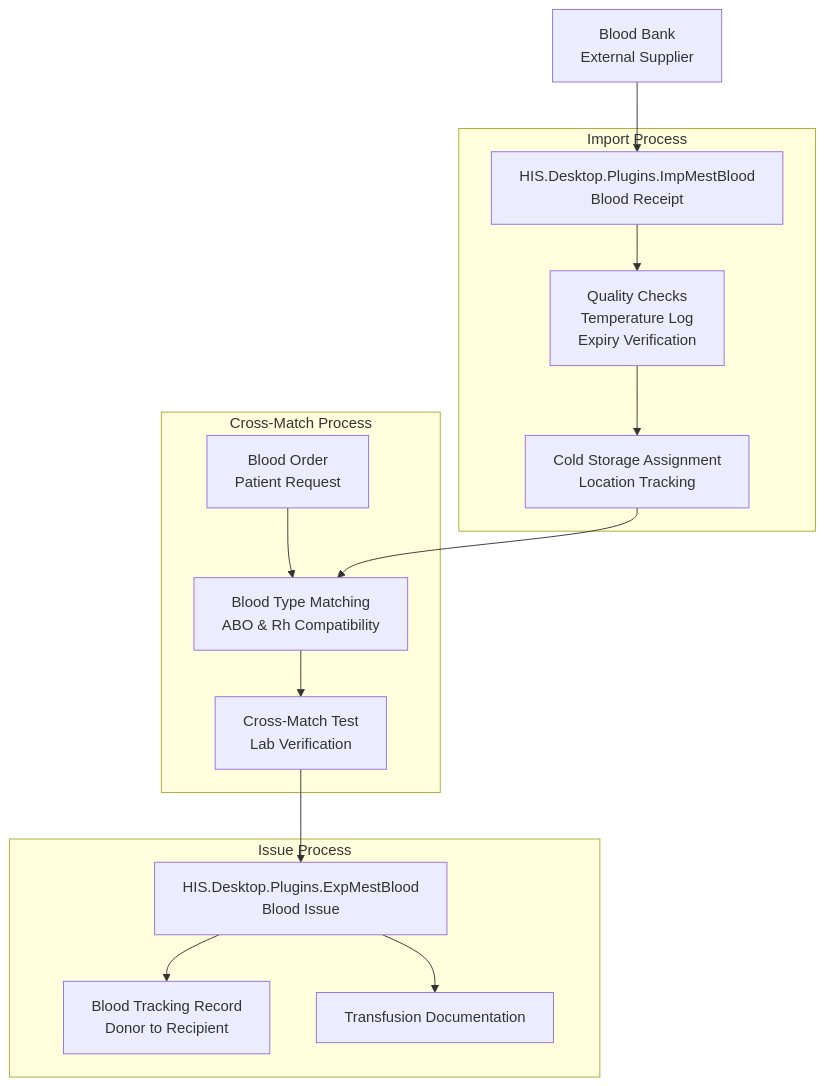
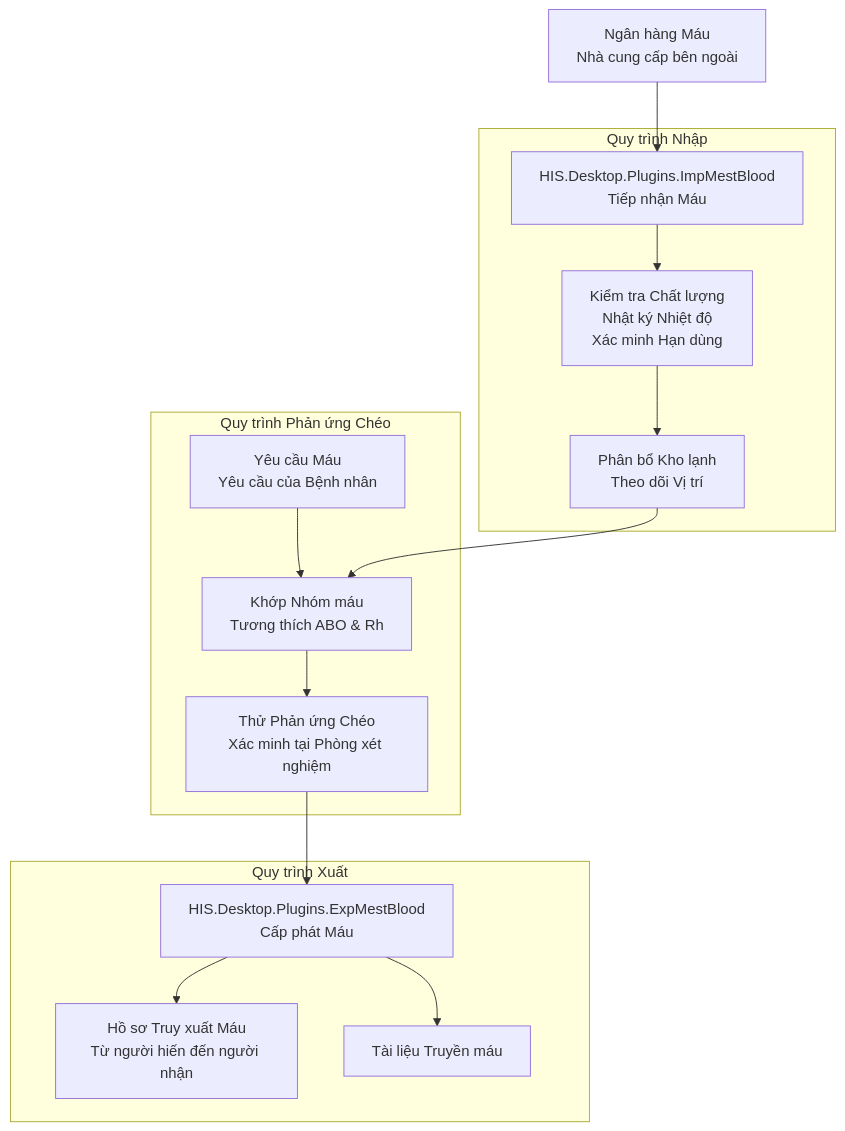
Before and after one commit to thangpnb/HIS: the seventh of 8 diagrams in docs/his-ba-documentation/03-business-domains/pharmacy/medicine-material.md, drawn with Mermaid. The commit also changed other lines of this file and 30 other files, not shown here.

Commit message:
Refactor architecture docs and update translations

````diff
--- a/docs/his-ba-documentation/03-business-domains/pharmacy/medicine-material.md
+++ b/docs/his-ba-documentation/03-business-domains/pharmacy/medicine-material.md
@@ -382,33 +382,33 @@
 ```mermaid
 graph TB
-    BloodBank["Blood Bank<br/>External Supplier"]
+    BloodBank["Ngân hàng Máu<br/>Nhà cung cấp bên ngoài"]
     
-    subgraph "Import Process"
-        ImpBlood["HIS.Desktop.Plugins.ImpMestBlood<br/>Blood Receipt"]
-        BloodCheck["Quality Checks<br/>Temperature Log<br/>Expiry Verification"]
-        BloodStorage["Cold Storage Assignment<br/>Location Tracking"]
+    subgraph "Quy trình Nhập"
+        ImpBlood["HIS.Desktop.Plugins.ImpMestBlood<br/>Tiếp nhận Máu"]
+        BloodCheck["Kiểm tra Chất lượng<br/>Nhật ký Nhiệt độ<br/>Xác minh Hạn dùng"]
+        BloodStorage["Phân bổ Kho lạnh<br/>Theo dõi Vị trí"]
     end
     
-    subgraph "Cross-Match Process"
-        PatientOrder["Blood Order<br/>Patient Request"]
-        TypeMatch["Blood Type Matching<br/>ABO & Rh Compatibility"]
-        CrossMatch["Cross-Match Test<br/>Lab Verification"]
+    subgraph "Quy trình Phản ứng Chéo"
+        PatientOrder["Yêu cầu Máu<br/>Yêu cầu của Bệnh nhân"]
+        TypeMatch["Khớp Nhóm máu<br/>Tương thích ABO & Rh"]
+        CrossMatch["Thử Phản ứng Chéo<br/>Xác minh tại Phòng xét nghiệm"]
     end
     
-    subgraph "Issue Process"
-        ExpBlood["HIS.Desktop.Plugins.ExpMestBlood<br/>Blood Issue"]
-        Traceability["Blood Tracking Record<br/>Donor to Recipient"]
-        TransfusionDoc["Transfusion Documentation"]
+    subgraph "Quy trình Xuất"
+        ExpBlood["HIS.Desktop.Plugins.ExpMestBlood<br/>Cấp phát Máu"]
+        Traceability["Hồ sơ Truy xuất Máu<br/>Từ người hiến đến người nhận"]
+        TransfusionDoc["Tài liệu Truyền máu"]
     end
     
     BloodBank --> ImpBlood
     ImpBlood --> BloodCheck
     BloodCheck --> BloodStorage
     
     PatientOrder --> TypeMatch
     BloodStorage --> TypeMatch
     TypeMatch --> CrossMatch
     CrossMatch --> ExpBlood
     ExpBlood --> Traceability
     ExpBlood --> TransfusionDoc
 ```
````
